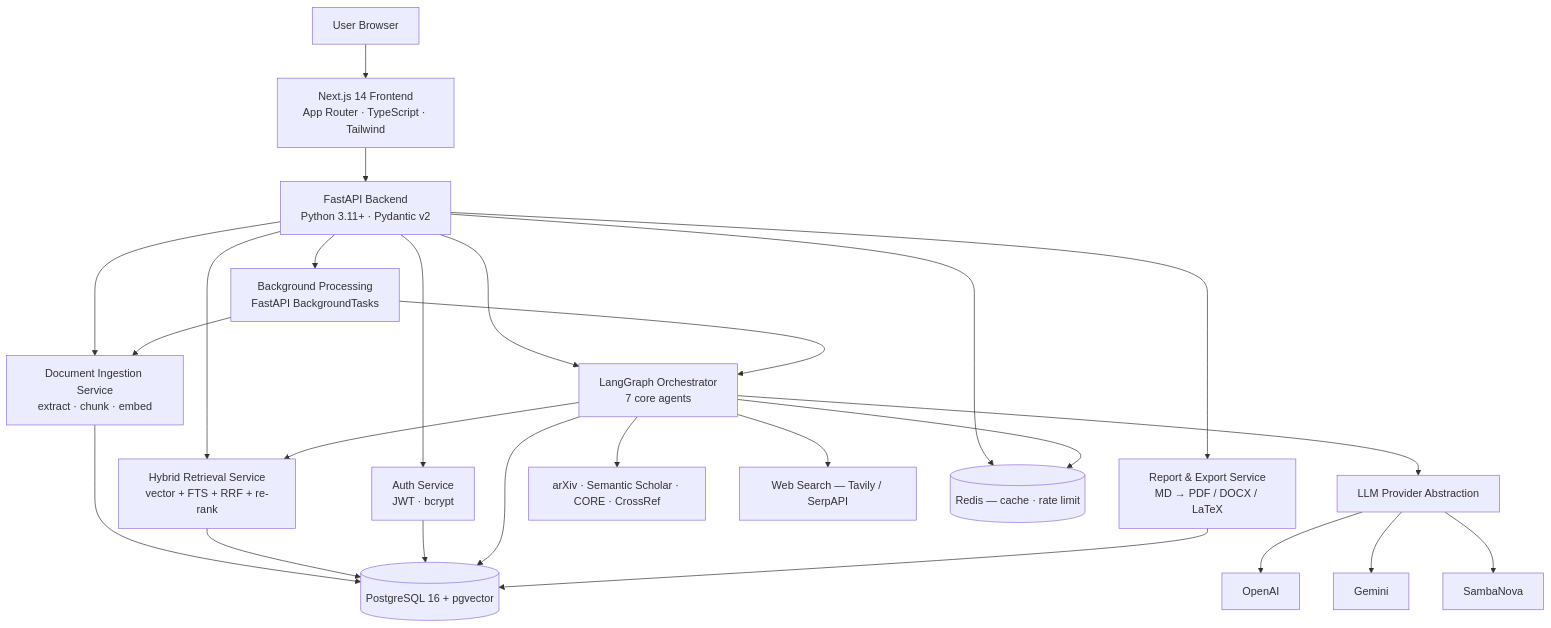
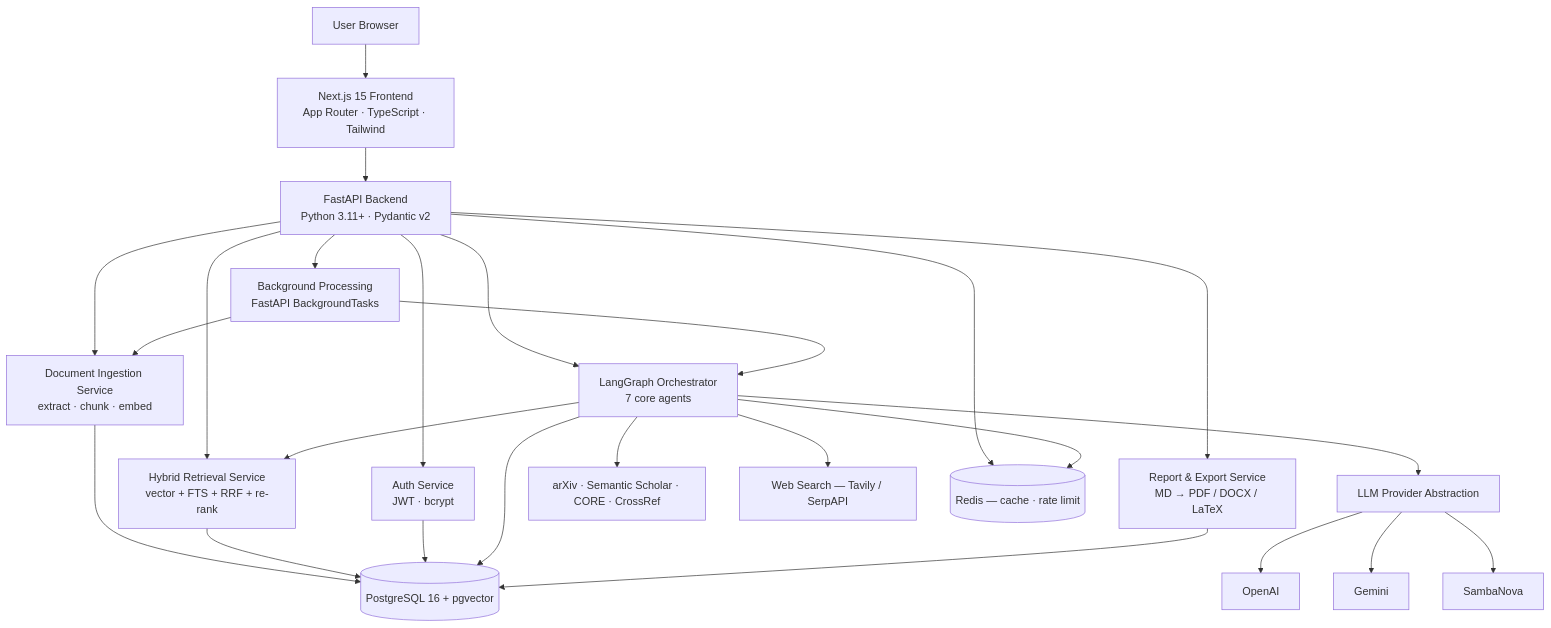
Before and after one commit to shreya1111/Aegis-Research-OS: the diagram in docs/architecture.md, drawn with Mermaid. The commit also changed other lines of this file and 245 other files, not shown here.

Commit message:
Graphify bugs fixes

````diff
--- a/docs/architecture.md
+++ b/docs/architecture.md
@@ -21,32 +21,32 @@
 ```mermaid
 flowchart TB
-    U[User Browser] --> FE[Next.js 14 Frontend<br/>App Router · TypeScript · Tailwind]
+    U[User Browser] --> FE[Next.js 15 Frontend<br/>App Router · TypeScript · Tailwind]
     FE --> API[FastAPI Backend<br/>Python 3.11+ · Pydantic v2]
 
     API --> AUTH[Auth Service<br/>JWT · bcrypt]
     API --> DOC[Document Ingestion Service<br/>extract · chunk · embed]
     API --> RAG[Hybrid Retrieval Service<br/>vector + FTS + RRF + re-rank]
     API --> AGENTS[LangGraph Orchestrator<br/>7 core agents]
     API --> REPORT[Report & Export Service<br/>MD → PDF / DOCX / LaTeX]
 
     AGENTS --> RAG
     AGENTS --> LLM[LLM Provider Abstraction]
     LLM --> OPENAI[OpenAI]
     LLM --> GEMINI[Gemini]
     LLM --> SAMBANOVA[SambaNova]
 
     AGENTS --> EXT1[arXiv · Semantic Scholar · CORE · CrossRef]
     AGENTS --> EXT2[Web Search — Tavily / SerpAPI]
 
     DOC --> PG[(PostgreSQL 16 + pgvector)]
     RAG --> PG
     AUTH --> PG
     AGENTS --> PG
     REPORT --> PG
     API --> REDIS[(Redis — cache · rate limit)]
     AGENTS --> REDIS
 
     API --> BG[Background Processing<br/>FastAPI BackgroundTasks]
     BG --> DOC
     BG --> AGENTS
 ```
````
